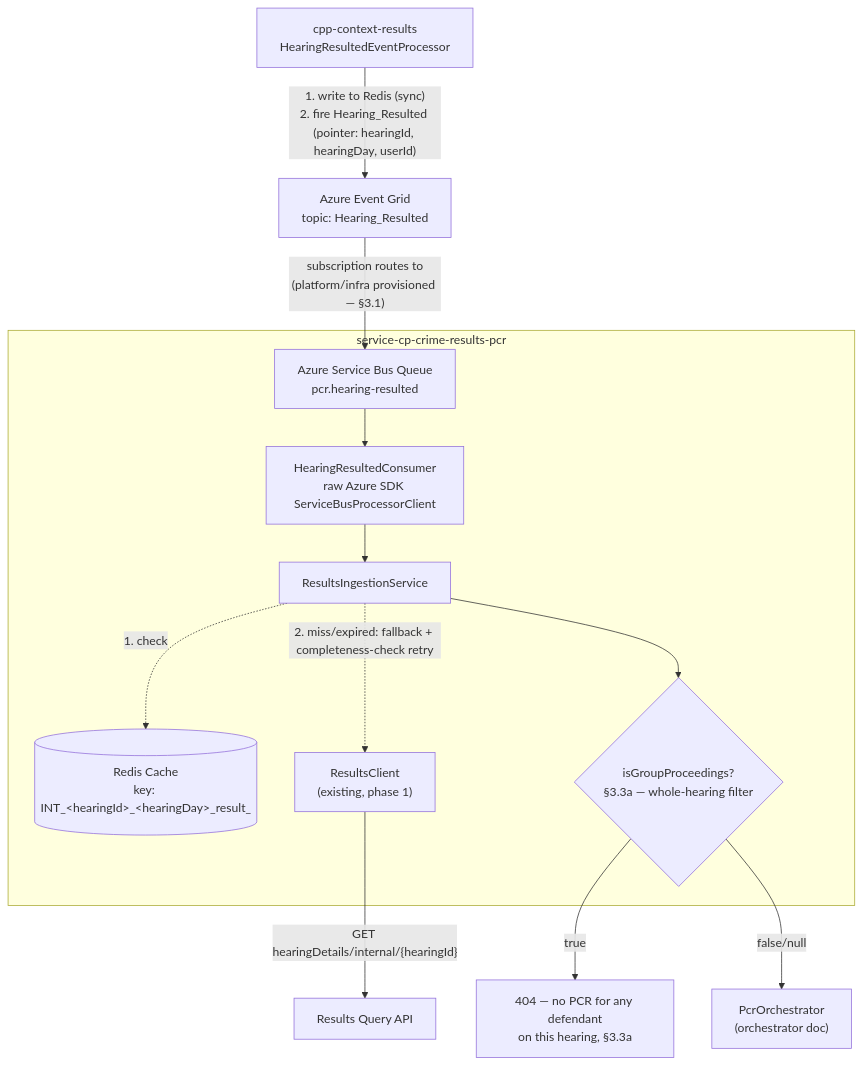
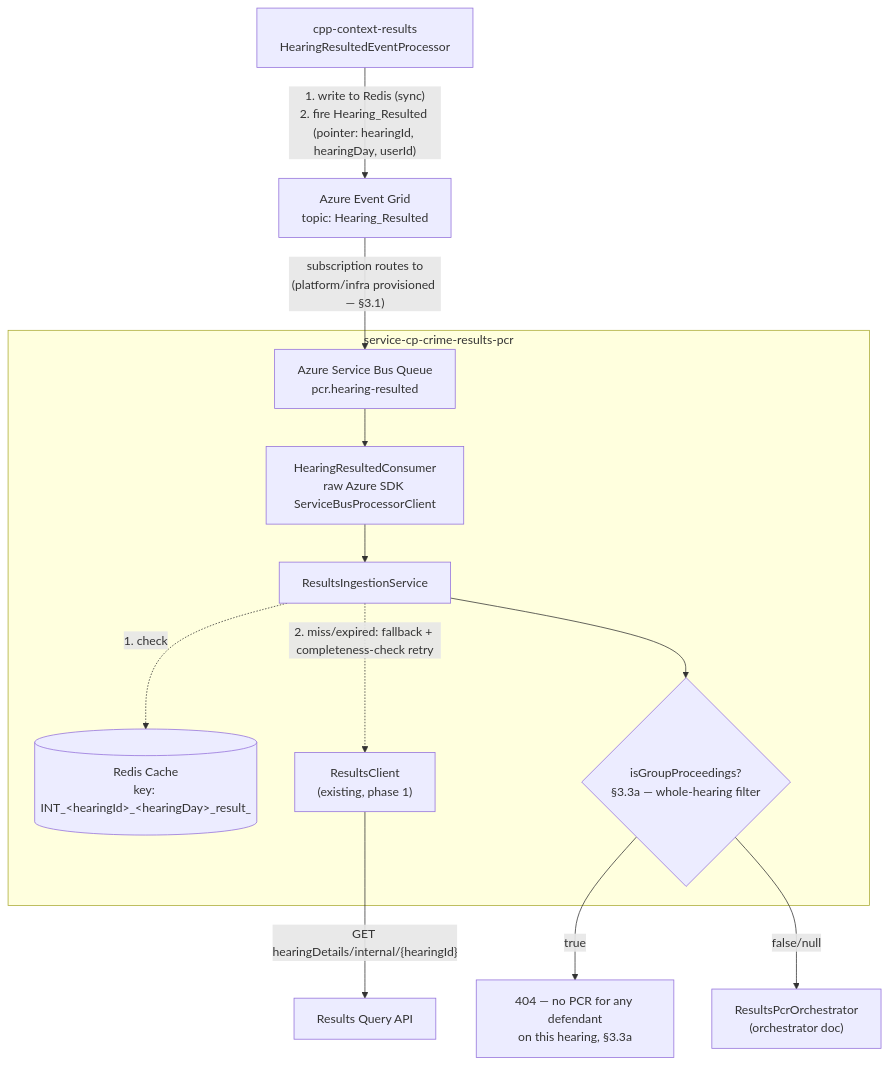
The first of 2 diagrams in docs/2026-07-22-pcr-hearing-event-ingestion-design.md (hmcts/service-cp-crime-results-pcr), drawn with Mermaid before and after one commit. The commit also changed other lines of this file and 2 other files, not shown here.

First line of the commit message:
refactor: rename PcrOrchestrator to ResultsPcrOrchestrator

````diff
--- a/docs/2026-07-22-pcr-hearing-event-ingestion-design.md
+++ b/docs/2026-07-22-pcr-hearing-event-ingestion-design.md
@@ -62,18 +62,18 @@
 ```mermaid
 flowchart TB
     Results["cpp-context-results<br/>HearingResultedEventProcessor"] -->|"1. write to Redis (sync)<br/>2. fire Hearing_Resulted (pointer: hearingId, hearingDay, userId)"| Grid["Azure Event Grid<br/>topic: Hearing_Resulted"]
     Grid -->|"subscription routes to<br/>(platform/infra provisioned — §3.1)"| Bus["Azure Service Bus Queue<br/>pcr.hearing-resulted"]
 
     subgraph PCR["service-cp-crime-results-pcr"]
         Bus --> Consumer["HearingResultedConsumer<br/>raw Azure SDK ServiceBusProcessorClient"]
         Consumer --> Ingestion["ResultsIngestionService"]
         Ingestion -.->|"1. check"| Redis[("Redis Cache<br/>key: INT_&lt;hearingId&gt;_&lt;hearingDay&gt;_result_")]
         Ingestion -.->|"2. miss/expired: fallback + completeness-check retry"| RQC["ResultsClient<br/>(existing, phase 1)"]
         Ingestion --> GroupCheck{"isGroupProceedings?<br/>§3.3a — whole-hearing filter"}
     end
 
     RQC -->|"GET hearingDetails/internal/{hearingId}"| ResultsAPI["Results Query API"]
 
     GroupCheck -->|"true"| NoPcr["404 — no PCR for any defendant<br/>on this hearing, §3.3a"]
-    GroupCheck -->|"false/null"| Downstream["PcrOrchestrator<br/>(orchestrator doc)"]
+    GroupCheck -->|"false/null"| Downstream["ResultsPcrOrchestrator<br/>(orchestrator doc)"]
 ```
````
